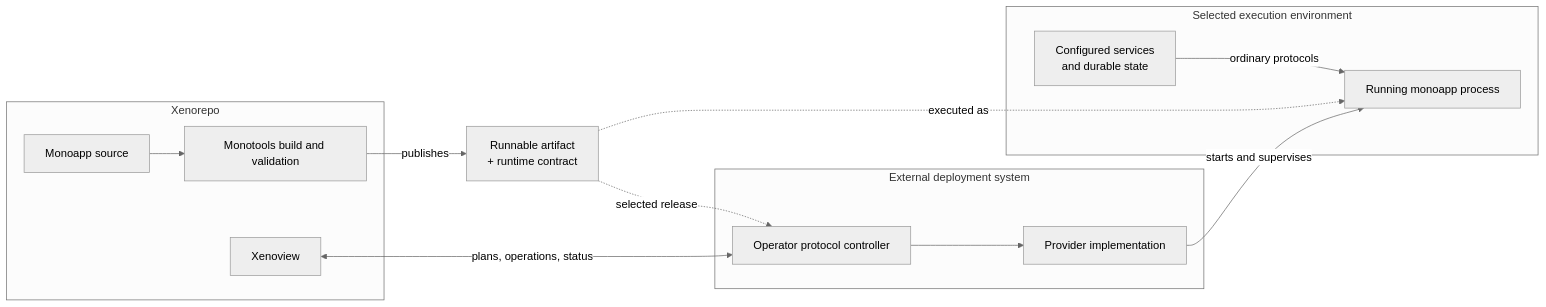
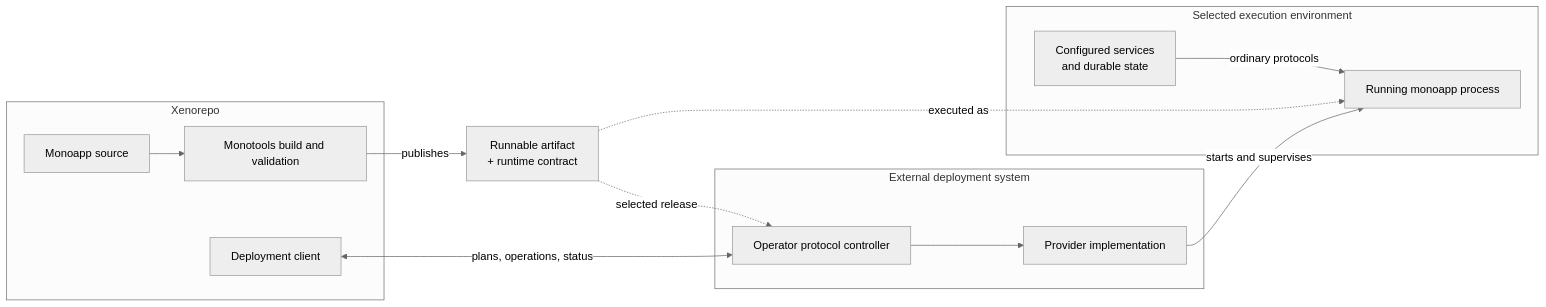
Before and after one commit to flintwinters/xenorepo: the diagram in DEPLOYMENT.md, drawn with Mermaid (neutral theme). The commit also changed other lines of this file and 3 other files, not shown here.

````diff
--- a/DEPLOYMENT.md
+++ b/DEPLOYMENT.md
@@ -27,29 +26,29 @@
 ```mermaid
 flowchart LR
     subgraph Repository["Xenorepo"]
         Source["Monoapp source"]
         Build["Monotools build and validation"]
-        View["Xenoview"]
+        View["Deployment client"]
         Source --> Build
     end
 
     Artifact["Runnable artifact<br/>+ runtime contract"]
 
     subgraph Operator["External deployment system"]
         Controller["Operator protocol controller"]
         Backend["Provider implementation"]
         Controller --> Backend
     end
 
     subgraph Runtime["Selected execution environment"]
         Process["Running monoapp process"]
         Services["Configured services<br/>and durable state"]
         Services -->|"ordinary protocols"| Process
     end
 
     Build -->|"publishes"| Artifact
     View <-->|"plans, operations, status"| Controller
     Artifact -.->|"selected release"| Controller
     Backend -->|"starts and supervises"| Process
     Artifact -.->|"executed as"| Process
 ```
````
